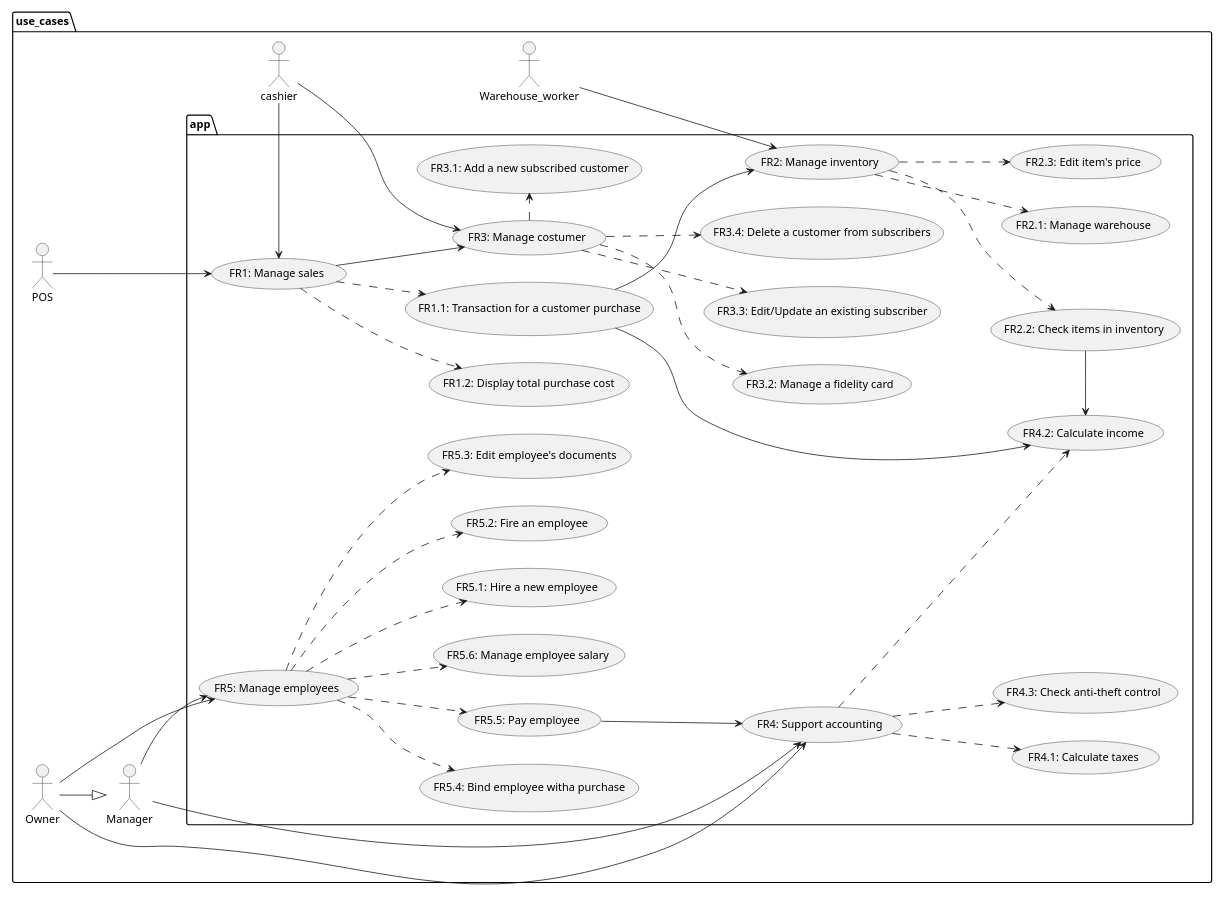
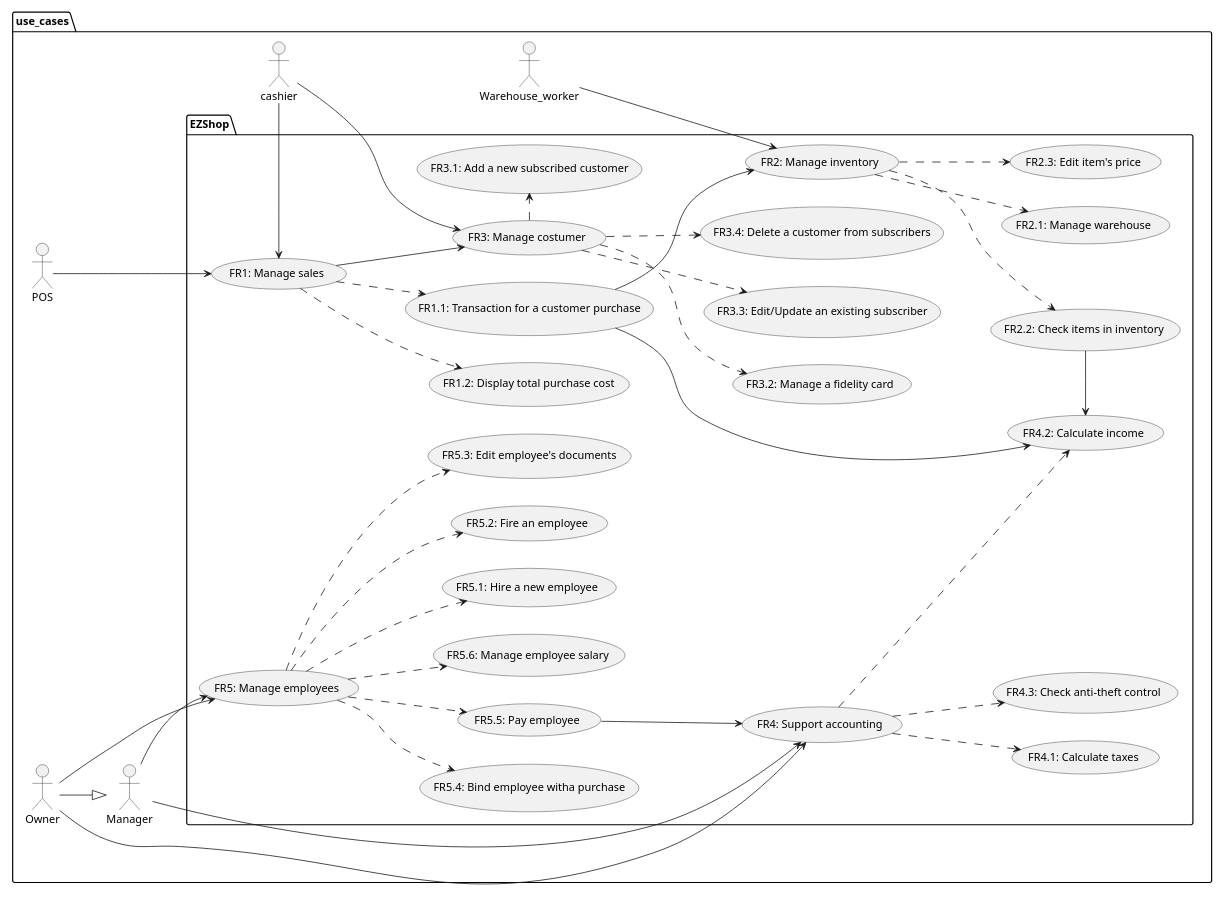
One commit to mkexc/ezshop changed the second of 5 diagrams in Deliverables/RequirementsDocument.md. Above: the diagram before and after it, drawn with PlantUML. The commit also changed other lines of this file and 15 other files, not shown here.

Commit message:
Docs: Updated contents, added stakeholders, updated glossary, updated context diagram, updated interfaces, statically inserted images in GUIPrototype, grammar check.

````diff
--- a/Deliverables/RequirementsDocument.md
+++ b/Deliverables/RequirementsDocument.md
@@ -182,75 +195,75 @@
 ```plantuml
 @startuml
 scale max 1024 width
 
 left to right direction
 package use_cases{
     actor cashier as CSH
     actor POS
     actor Warehouse_worker as WW
     actor Manager as MNG
     actor Owner as OWN
 
-    package app {
+    package EZShop {
         usecase "FR1: Manage sales" as FR1
         usecase "FR1.1: Transaction for a customer purchase" as FR1_1
         usecase "FR1.2: Display total purchase cost" as FR1_2
         usecase "FR2: Manage inventory" as FR2
         usecase "FR2.1: Manage warehouse" as FR2_1
         usecase "FR2.2: Check items in inventory" as FR2_2
         usecase "FR2.3: Edit item's price" as FR2_3
         usecase "FR3: Manage costumer" as FR3
         usecase "FR3.1: Add a new subscribed customer" as FR3_1
         usecase "FR3.2: Manage a fidelity card" as FR3_2
         usecase "FR3.3: Edit/Update an existing subscriber" as FR3_3
         usecase "FR3.4: Delete a customer from subscribers" as FR3_4
         usecase "FR4: Support accounting" as FR4
         usecase "FR4.1: Calculate taxes" as FR4_1
         usecase "FR4.2: Calculate income" as FR4_2
         usecase "FR4.3: Check anti-theft control" as FR4_3
         usecase "FR5: Manage employees" as FR5
         usecase "FR5.1: Hire a new employee" as FR5_1
         usecase "FR5.2: Fire an employee" as FR5_2
         usecase "FR5.3: Edit employee's documents" as FR5_3
         usecase "FR5.4: Bind employee witha purchase" as FR5_4
         usecase "FR5.5: Pay employee" as FR5_5
         usecase "FR5.6: Manage employee salary" as FR5_6
 
         CSH -> FR1
         CSH --> FR3
         POS ---> FR1
         WW  --> FR2
         MNG --> FR5
         MNG --> FR4
         OWN --|> MNG
         OWN --> FR5
         OWN --> FR4
 
         FR1 --> FR3
         FR1 ..> FR1_1
         FR1 ..> FR1_2
         FR1_1 --> FR2
         FR1_1 --> FR4_2
         FR2 ..> FR2_1
         FR2 ..> FR2_2
         FR2 ..> FR2_3
         FR2_2 -> FR4_2
         FR3 .> FR3_1
         FR3 ..> FR3_2
         FR3 ..> FR3_3
         FR3 ..> FR3_4
         FR4 ..> FR4_1
         FR4 ..> FR4_2
         FR4 ..> FR4_3
         FR5 ..> FR5_1
         FR5 ..> FR5_2
         FR5 ..> FR5_3
         FR5 ..> FR5_4
         FR5 ..> FR5_5
         FR5 ..> FR5_6
         FR5_5 --> FR4
     }
 }
 
 @enduml
 ```
````
